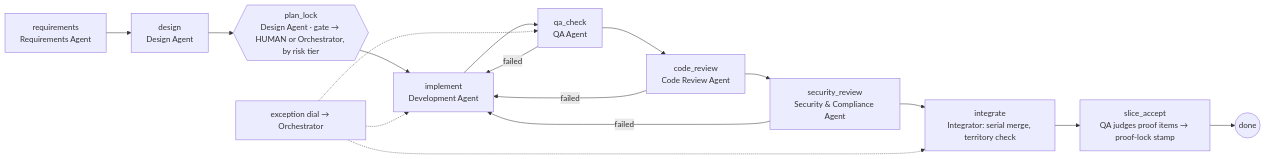
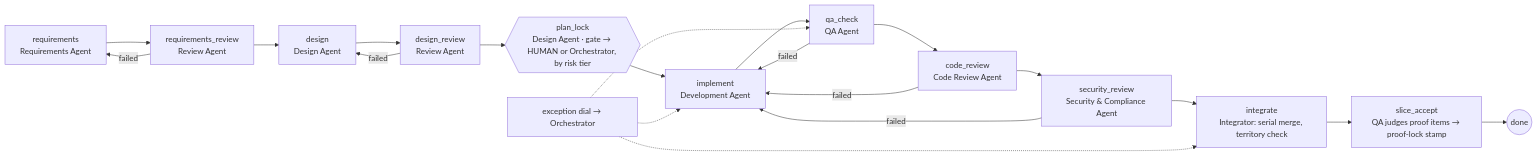
One commit to aurbanow1/url-shortener-agentic-sdlc changed the third of 3 diagrams in PLAN.md. Above: the diagram before and after it, drawn with Mermaid. The commit also changed other lines of this file and 12 other files, not shown here.

````diff
--- a/PLAN.md
+++ b/PLAN.md
@@ -165,16 +168,19 @@
 ```mermaid
 flowchart LR
-  REQ[requirements<br/>Requirements Agent] --> DES[design<br/>Design Agent]
-  DES --> PL{{plan_lock<br/>Design Agent · gate → HUMAN or Orchestrator, by risk tier}}
+  REQ[requirements<br/>Requirements Agent] --> RQR[requirements_review<br/>Review Agent]
+  RQR -- failed --> REQ
+  RQR --> DES[design<br/>Design Agent] --> DSR[design_review<br/>Review Agent]
+  DSR -- failed --> DES
+  DSR --> PL{{plan_lock<br/>Design Agent · gate → HUMAN or Orchestrator, by risk tier}}
   PL --> IMPL[implement<br/>Development Agent]
   IMPL --> QA[qa_check<br/>QA Agent]
   QA -- failed --> IMPL
   QA --> CR[code_review<br/>Code Review Agent]
   CR -- failed --> IMPL
   CR --> SEC[security_review<br/>Security & Compliance Agent]
   SEC -- failed --> IMPL
   SEC --> INT[integrate<br/>Integrator: serial merge, territory check]
   INT --> ACC[slice_accept<br/>QA judges proof items → proof-lock stamp]
   ACC --> DONE((done))
   EXC[exception dial → Orchestrator] -.-> IMPL & QA & INT
 ```
````
